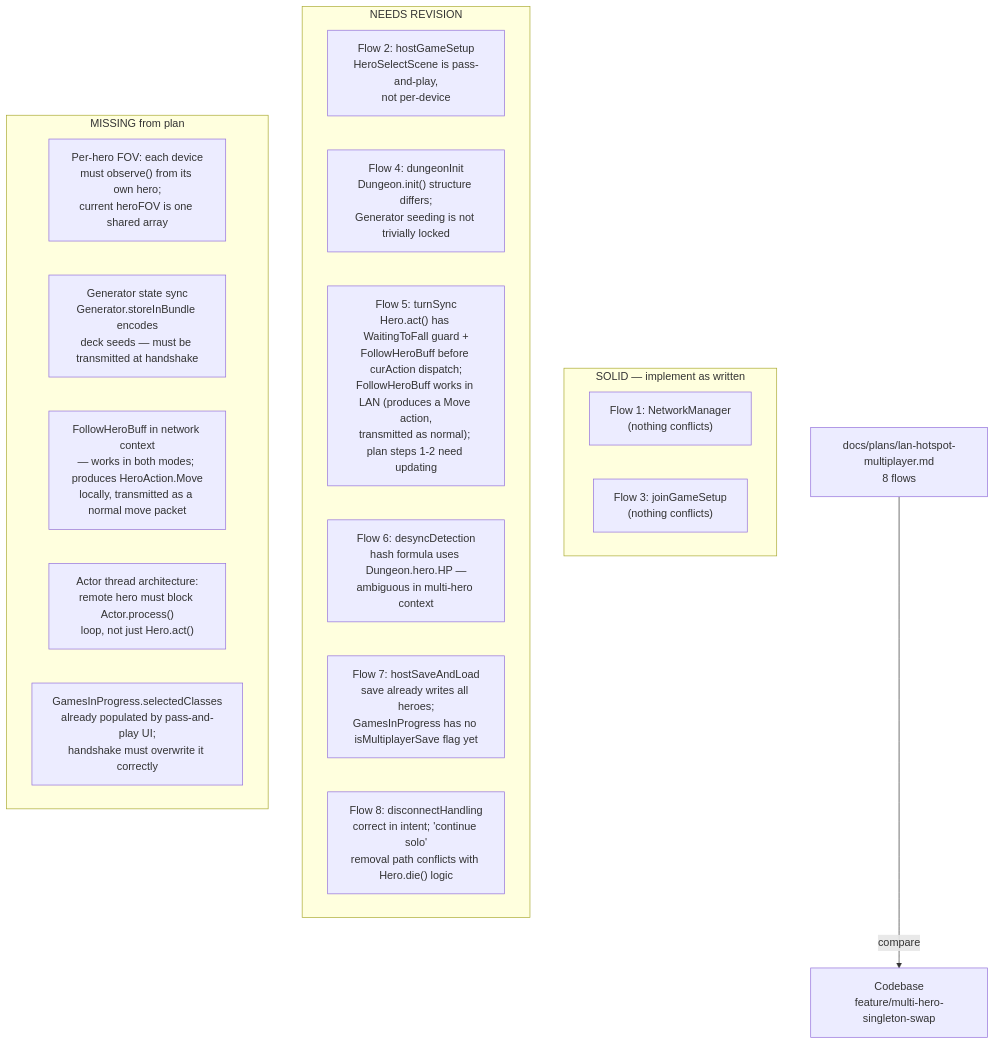
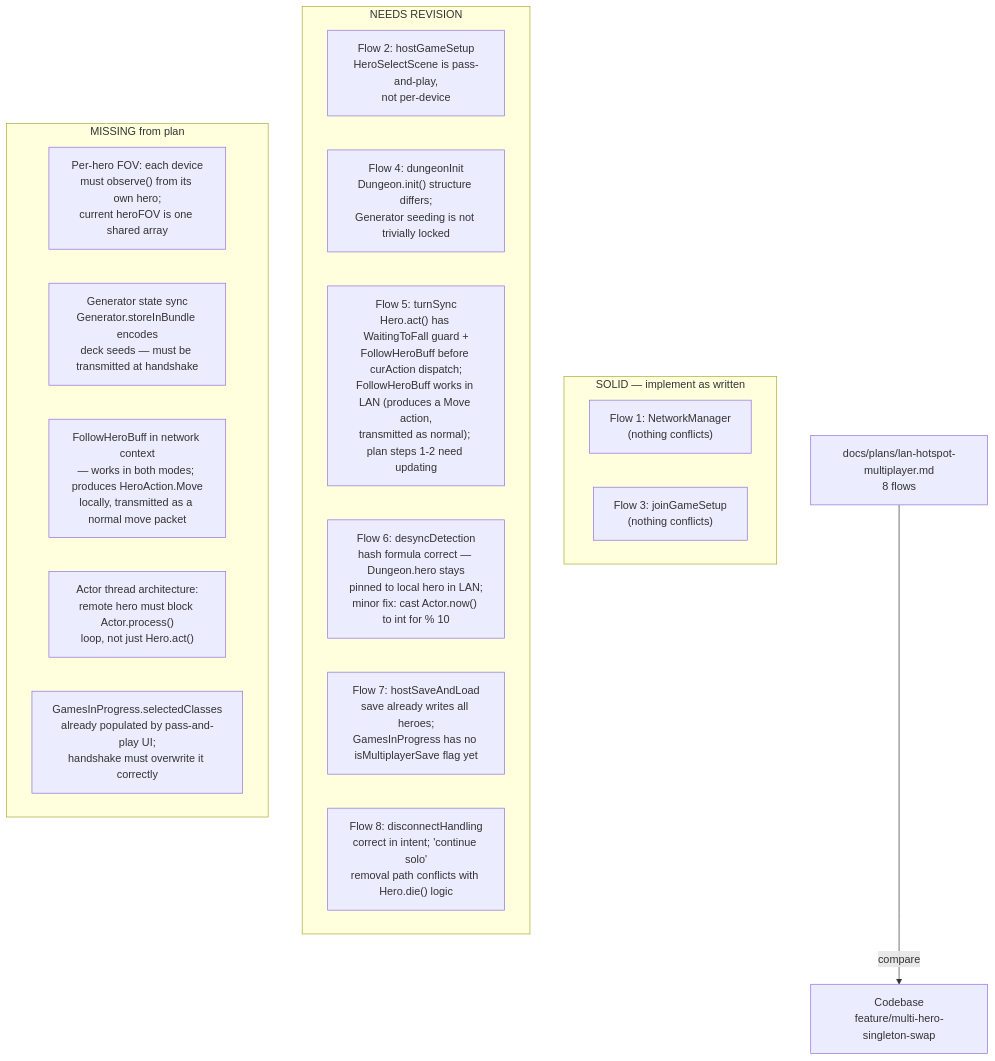
Before and after one commit to lewibs/shattered-pixel-dungeon-multiplayer: the diagram in docs/docs/lan-plan-audit.md, drawn with Mermaid. The commit also changed other lines of this file, not shown here.

First line of the commit message:
docs: fix LAN audit — Dungeon.hero.HP hash is correct in pinned-FOV design

````diff
--- a/docs/docs/lan-plan-audit.md
+++ b/docs/docs/lan-plan-audit.md
@@ -15,29 +15,29 @@
 ```mermaid
 flowchart TD
   Plan["docs/plans/lan-hotspot-multiplayer.md\n8 flows"]
   CB["Codebase\nfeature/multi-hero-singleton-swap"]
 
   Plan -->|"compare"| CB
 
   subgraph "SOLID — implement as written"
     F1["Flow 1: NetworkManager\n(nothing conflicts)"]
     F3["Flow 3: joinGameSetup\n(nothing conflicts)"]
   end
 
   subgraph "NEEDS REVISION"
     F2["Flow 2: hostGameSetup\nHeroSelectScene is pass-and-play,\nnot per-device"]
     F4["Flow 4: dungeonInit\nDungeon.init() structure differs;\nGenerator seeding is not trivially locked"]
     F5["Flow 5: turnSync\nHero.act() has WaitingToFall guard +\nFollowHeroBuff before curAction dispatch;\nFollowHeroBuff works in LAN (produces a Move action,\ntransmitted as normal); plan steps 1-2 need updating"]
-    F6["Flow 6: desyncDetection\nhash formula uses Dungeon.hero.HP —\nambiguous in multi-hero context"]
+    F6["Flow 6: desyncDetection\nhash formula correct — Dungeon.hero stays\npinned to local hero in LAN;\nminor fix: cast Actor.now() to int for % 10"]
     F7["Flow 7: hostSaveAndLoad\nsave already writes all heroes;\nGamesInProgress has no isMultiplayerSave flag yet"]
     F8["Flow 8: disconnectHandling\ncorrect in intent; 'continue solo'\nremoval path conflicts with Hero.die() logic"]
   end
 
   subgraph "MISSING from plan"
     M1["Per-hero FOV: each device\nmust observe() from its own hero;\ncurrent heroFOV is one shared array"]
     M2["Generator state sync\nGenerator.storeInBundle encodes\ndeck seeds — must be transmitted at handshake"]
     M3["FollowHeroBuff in network context\n— works in both modes; produces HeroAction.Move\nlocally, transmitted as a normal move packet"]
     M4["Actor thread architecture:\nremote hero must block Actor.process()\nloop, not just Hero.act()"]
     M5["GamesInProgress.selectedClasses\nalready populated by pass-and-play UI;\nhandshake must overwrite it correctly"]
   end
 ```
````
